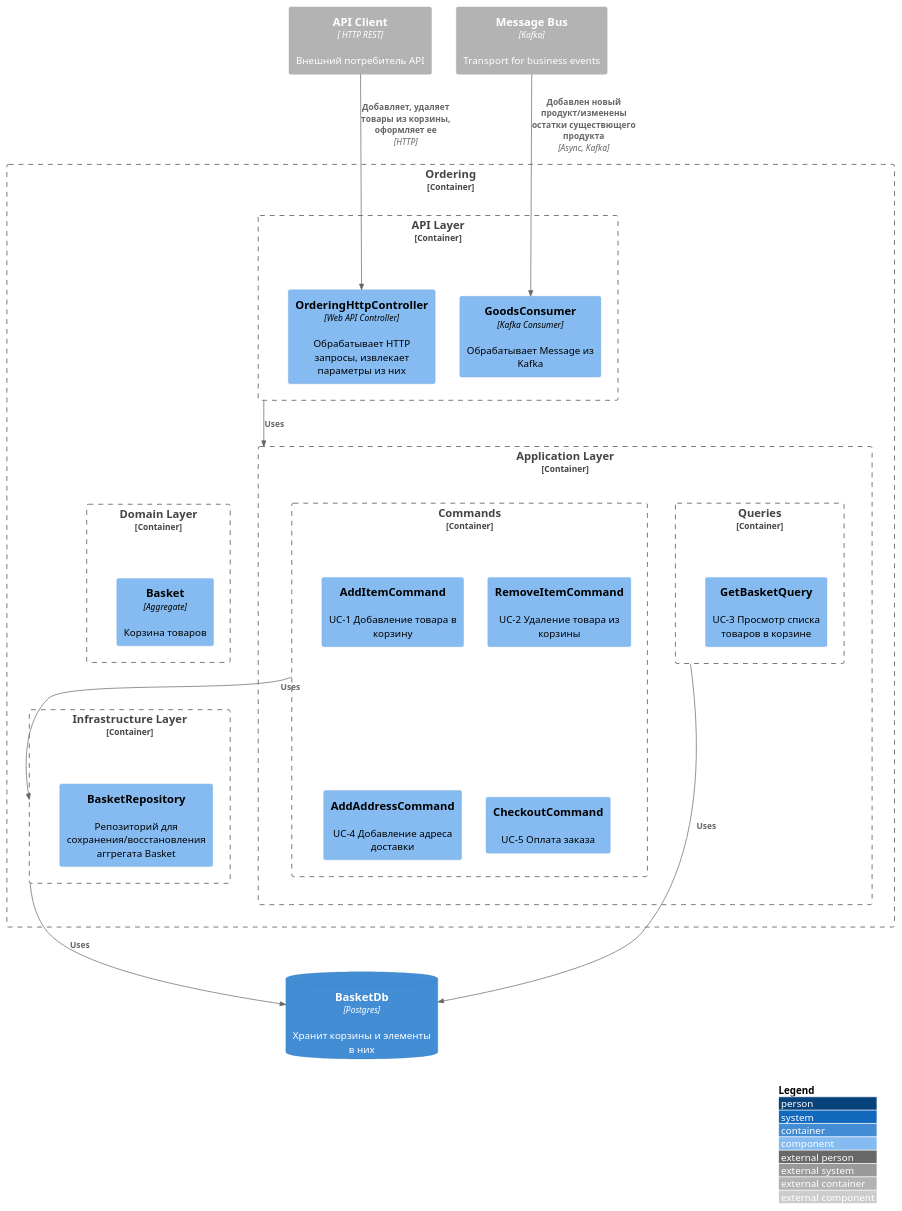
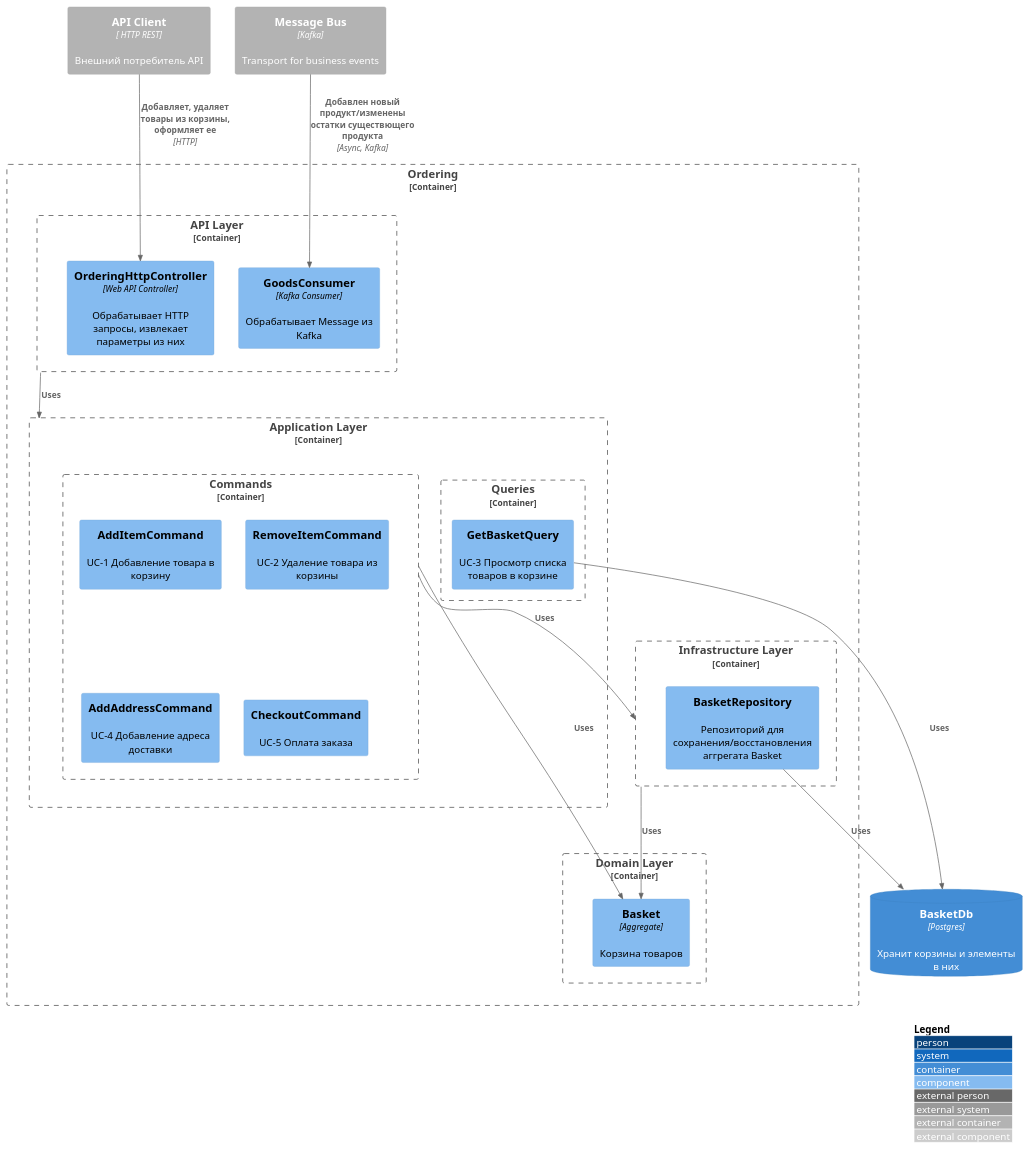
The second of 5 diagrams in services/ordering/README.md (gerzhan/knigaexpert-system-design), drawn with PlantUML before and after one commit.

````diff
--- a/services/ordering/README.md
+++ b/services/ordering/README.md
@@ -43,49 +43,49 @@
 ```plantuml
 !include https://raw.githubusercontent.com/plantuml-stdlib/C4-PlantUML/master/C4_Component.puml
 LAYOUT_WITH_LEGEND()
 
 Container_Ext(api_client, "API Client", " HTTP REST", "Внешний потребитель API")
 
 Container_Ext(message_bus, "Message Bus", "Kafka", "Transport for business events")
 
 Container_Boundary(ordering_service, "Ordering") {
     Container_Boundary(api_layer, "API Layer") {
     Component(ordering_http_handler, "OrderingHttpController", "Web API Controller", "Обрабатывает HTTP запросы, извлекает параметры из них")
     
     Component(goods_consumer, "GoodsConsumer", "Kafka Consumer", "Обрабатывает Message из Kafka")
     }
 
     Container_Boundary(application_layer, "Application Layer") {
       Container_Boundary(commands, "Commands") {
         Component(add_item_command, "AddItemCommand", "", "UC-1 Добавление товара в корзину")
         Component(remove_item_command, "RemoveItemCommand", "", "UC-2 Удаление товара из корзины")
         Component(add_address_command, "AddAddressCommand", "", "UC-4 Добавление адреса доставки")
         Component(checkout_command, "CheckoutCommand", "", "UC-5 Оплата заказа")
       }
 
       Container_Boundary(queries, "Queries") {
         Component(get_basket_query, "GetBasketQuery", "", "UC-3 Просмотр списка товаров в корзине")
       }
     }
 
     Container_Boundary(domain_layer, "Domain Layer") {
-      Component(catalog_aggregate, "Basket", "Aggregate", "Корзина товаров")
+      Component(basket_aggregate, "Basket", "Aggregate", "Корзина товаров")
     }
 
     Container_Boundary(infrastructure_layer, "Infrastructure Layer") {
       Component(basket_aggregate_repository, "BasketRepository", "", "Репозиторий для сохранения/восстановления аггрегата Basket")
     }
 }
 ContainerDb(db, "BasketDb", "Postgres", "Хранит корзины и элементы в них")
 
 Rel(message_bus, goods_consumer, "Добавлен новый продукт/изменены остатки существющего продукта", "Async, Kafka")
 Rel(api_client, ordering_http_handler, "Добавляет, удаляет товары из корзины, оформляет ее", "HTTP")
 Rel(api_layer, application_layer, "Uses")
-Rel_L(commands, domain_layer, "Uses")
-Rel_L(commands, infrastructure_layer, "Uses")
-Rel_D(infrastructure_layer, db, "Uses")
-Rel_D(queries, db, "Uses")
+Rel(commands, basket_aggregate, "Uses")
+Rel(commands, infrastructure_layer, "Uses")
+Rel(basket_aggregate_repository, db, "Uses")
+Rel(infrastructure_layer, basket_aggregate, "Uses")
+Rel(get_basket_query, db, "Uses")
 
-Lay_D(application_layer, domain_layer)
-Lay_D(domain_layer,infrastructure_layer)
+Lay_U(domain_layer, infrastructure_layer)
 ```
````
